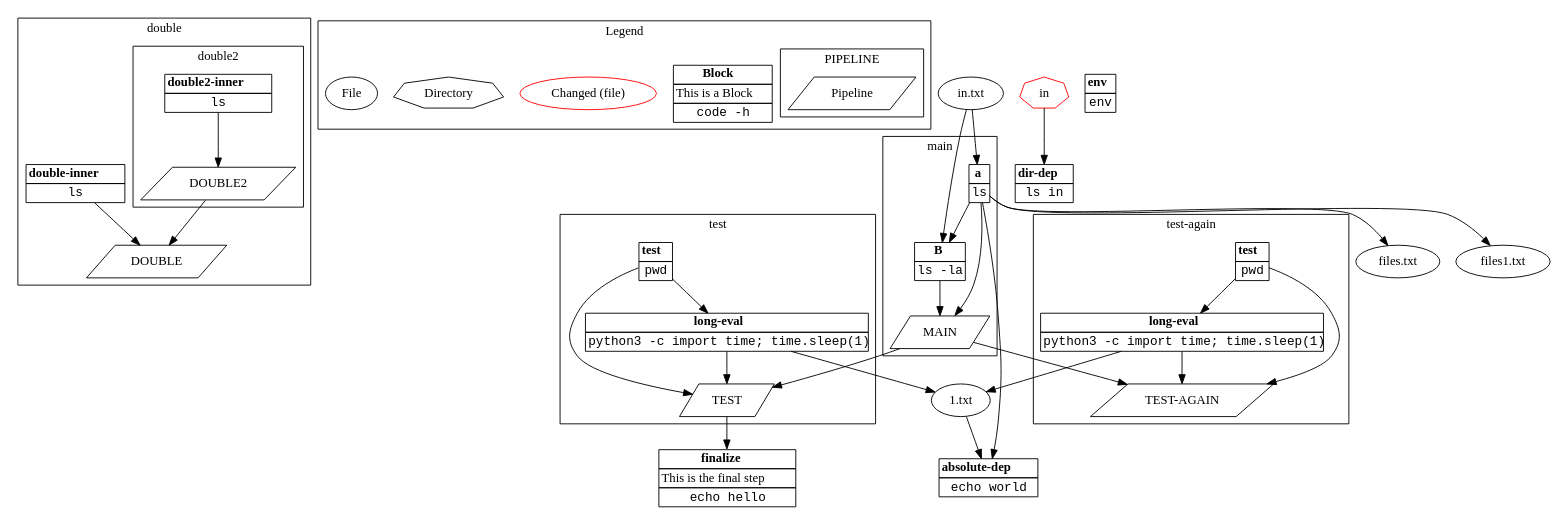
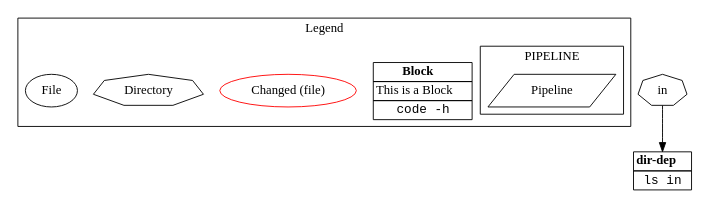
One commit to tivvit/yap changed the diagram in examples/example/graph.dot. Above: the diagram before and after it, drawn with Graphviz. The commit also changed 6 other files, not shown here.

```diff
--- a/examples/example/graph.dot
+++ b/examples/example/graph.dot
@@ -1,83 +1,20 @@
 digraph  {
-	subgraph cluster_s2 {
-		ID = "cluster_s2";
-		subgraph cluster_s0 {
-			ID = "cluster_s0";
-			label="double2";
-			n13[label=<<table border="0" cellborder="1" cellspacing="0"><tr><td><b>double2-inner</b></td></tr><tr><td><font face="Courier New, Courier, monospace">ls</font></td></tr></table>>,shape="plain"];
-			n12[label="DOUBLE2",shape="parallelogram"];
-			
-		}label="double";
-		n14[label=<<table border="0" cellborder="1" cellspacing="0"><tr><td><b>double-inner</b></td></tr><tr><td><font face="Courier New, Courier, monospace">ls</font></td></tr></table>>,shape="plain"];
-		n11[label="DOUBLE",shape="parallelogram"];
-		
-	}subgraph cluster_s4 {
-		ID = "cluster_s4";
+	subgraph cluster_s0 {
+		ID = "cluster_s0";
 		subgraph cluster_s0 {
 			ID = "cluster_s0";
 			label="PIPELINE";
-			n25[label="Pipeline",shape="parallelogram"];
+			n5[label="Pipeline",shape="parallelogram"];
 			
 		}label="Legend";
-		n27[label=<<table border="0" cellborder="1" cellspacing="0"><tr><td><b>Block</b></td></tr><tr><td>This is a Block</td></tr><tr><td><font face="Courier New, Courier, monospace">code -h</font></td></tr></table>>,shape="plain"];
-		n26[color="red",label="Changed (file)",shape="oval"];
-		n24[label="Directory",shape="septagon"];
-		n23[label="File",shape="oval"];
-		
-	}subgraph cluster_s3 {
-		ID = "cluster_s3";
-		label="main";
-		n17[label=<<table border="0" cellborder="1" cellspacing="0"><tr><td><b>B</b></td></tr><tr><td><font face="Courier New, Courier, monospace">ls -la</font></td></tr></table>>,shape="plain"];
-		n16[label=<<table border="0" cellborder="1" cellspacing="0"><tr><td><b>a</b></td></tr><tr><td><font face="Courier New, Courier, monospace">ls</font></td></tr></table>>,shape="plain"];
-		n15[label="MAIN",shape="parallelogram"];
-		
-	}subgraph cluster_s1 {
-		ID = "cluster_s1";
-		label="test";
-		n10[label=<<table border="0" cellborder="1" cellspacing="0"><tr><td><b>long-eval</b></td></tr><tr><td><font face="Courier New, Courier, monospace">python3 -c import time; time.sleep(1)</font></td></tr></table>>,shape="plain"];
-		n9[label=<<table border="0" cellborder="1" cellspacing="0"><tr><td><b>test</b></td></tr><tr><td><font face="Courier New, Courier, monospace">pwd</font></td></tr></table>>,shape="plain"];
-		n8[label="TEST",shape="parallelogram"];
-		
-	}subgraph cluster_s0 {
-		ID = "cluster_s0";
-		label="test-again";
-		n7[label=<<table border="0" cellborder="1" cellspacing="0"><tr><td><b>long-eval</b></td></tr><tr><td><font face="Courier New, Courier, monospace">python3 -c import time; time.sleep(1)</font></td></tr></table>>,shape="plain"];
-		n6[label=<<table border="0" cellborder="1" cellspacing="0"><tr><td><b>test</b></td></tr><tr><td><font face="Courier New, Courier, monospace">pwd</font></td></tr></table>>,shape="plain"];
-		n5[label="TEST-AGAIN",shape="parallelogram"];
+		n7[label=<<table border="0" cellborder="1" cellspacing="0"><tr><td><b>Block</b></td></tr><tr><td>This is a Block</td></tr><tr><td><font face="Courier New, Courier, monospace">code -h</font></td></tr></table>>,shape="plain"];
+		n6[color="red",label="Changed (file)",shape="oval"];
+		n4[label="Directory",shape="septagon"];
+		n3[label="File",shape="oval"];
 		
 	}
-	n2[label=<<table border="0" cellborder="1" cellspacing="0"><tr><td><b>absolute-dep</b></td></tr><tr><td><font face="Courier New, Courier, monospace">echo world</font></td></tr></table>>,shape="plain"];
 	n1[label=<<table border="0" cellborder="1" cellspacing="0"><tr><td><b>dir-dep</b></td></tr><tr><td><font face="Courier New, Courier, monospace">ls in</font></td></tr></table>>,shape="plain"];
-	n4[label=<<table border="0" cellborder="1" cellspacing="0"><tr><td><b>env</b></td></tr><tr><td><font face="Courier New, Courier, monospace">env</font></td></tr></table>>,shape="plain"];
-	n3[label=<<table border="0" cellborder="1" cellspacing="0"><tr><td><b>finalize</b></td></tr><tr><td>This is the final step</td></tr><tr><td><font face="Courier New, Courier, monospace">echo hello</font></td></tr></table>>,shape="plain"];
-	n19[label="1.txt",shape="oval"];
-	n21[label="files.txt",shape="oval"];
-	n22[label="files1.txt",shape="oval"];
-	n18[color="red",label="in",shape="septagon"];
-	n20[label="in.txt",shape="oval"];
-	n14->n11;
-	n13->n12;
-	n17->n15;
-	n16->n21;
-	n16->n22;
-	n16->n17;
-	n16->n15;
-	n16->n2;
-	n7->n5;
-	n7->n19;
-	n6->n5;
-	n6->n7;
-	n10->n8;
-	n10->n19;
-	n9->n8;
-	n9->n10;
-	n19->n2;
-	n18->n1;
-	n20->n16;
-	n20->n17;
-	n12->n11;
-	n15->n5;
-	n15->n8;
-	n8->n3;
+	n2[label="in",shape="septagon"];
+	n2->n1;
 	
 }
```
